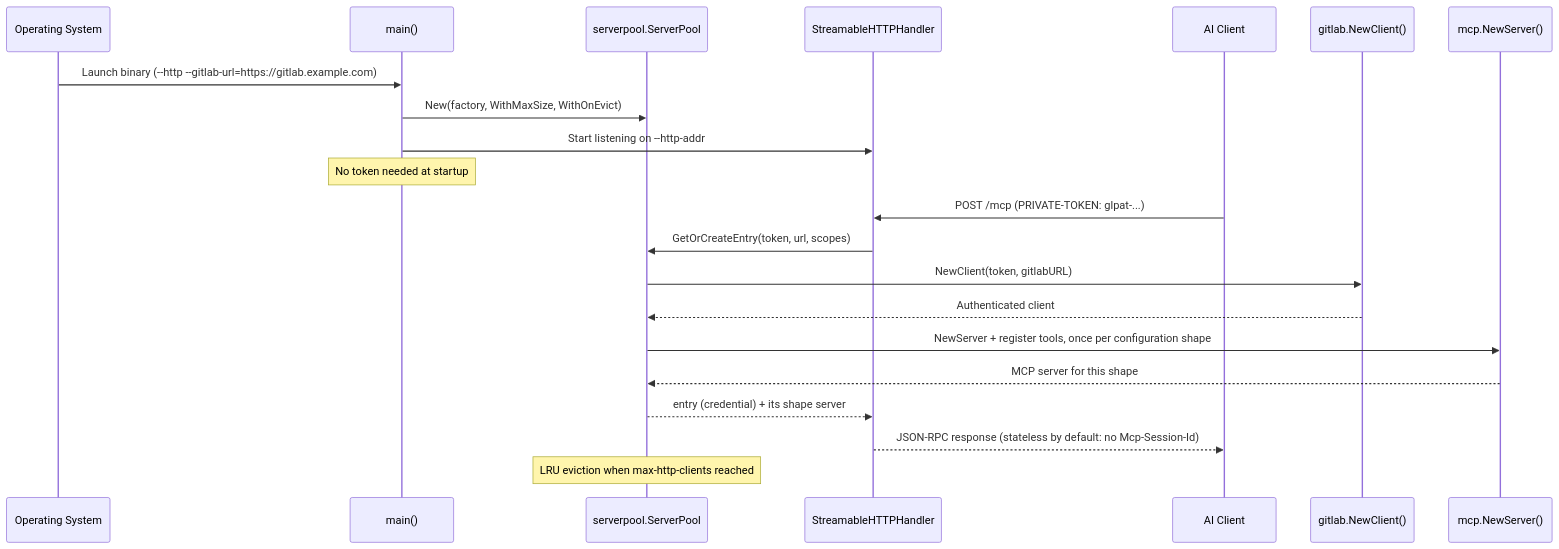
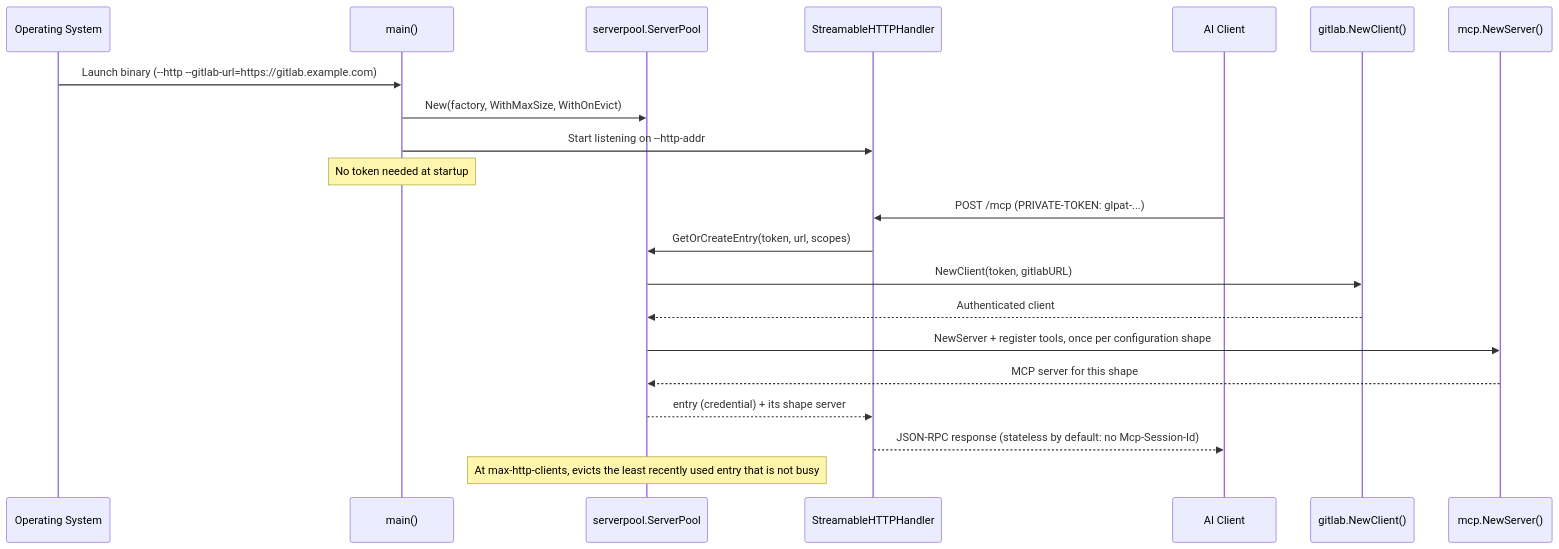
One commit to jmrplens/gitlab-mcp-server changed diagram 12 of 12 in docs/concepts/architecture.md. Above: the diagram before and after it, drawn with Mermaid. The commit also changed other lines of this file and 52 other files, not shown here.

````diff
--- a/docs/concepts/architecture.md
+++ b/docs/concepts/architecture.md
@@ -552,24 +552,24 @@
 ```mermaid
 sequenceDiagram
     participant OS as Operating System
     participant Main as main()
     participant Pool as serverpool.ServerPool
     participant HTTP as StreamableHTTPHandler
     participant Client as AI Client
     participant GL as gitlab.NewClient()
     participant MCP as mcp.NewServer()
 
     OS->>Main: Launch binary (--http --gitlab-url=https://gitlab.example.com)
     Main->>Pool: New(factory, WithMaxSize, WithOnEvict)
     Main->>HTTP: Start listening on --http-addr
     Note over Main: No token needed at startup
     Client->>HTTP: POST /mcp (PRIVATE-TOKEN: glpat-...)
     HTTP->>Pool: GetOrCreateEntry(token, url, scopes)
     Pool->>GL: NewClient(token, gitlabURL)
     GL-->>Pool: Authenticated client
     Pool->>MCP: NewServer + register tools, once per configuration shape
     MCP-->>Pool: MCP server for this shape
     Pool-->>HTTP: entry (credential) + its shape server
     HTTP-->>Client: JSON-RPC response (stateless by default: no Mcp-Session-Id)
-    Note over Pool: LRU eviction when max-http-clients reached
+    Note over Pool: At max-http-clients, evicts the least recently used entry that is not busy
 ```
````
